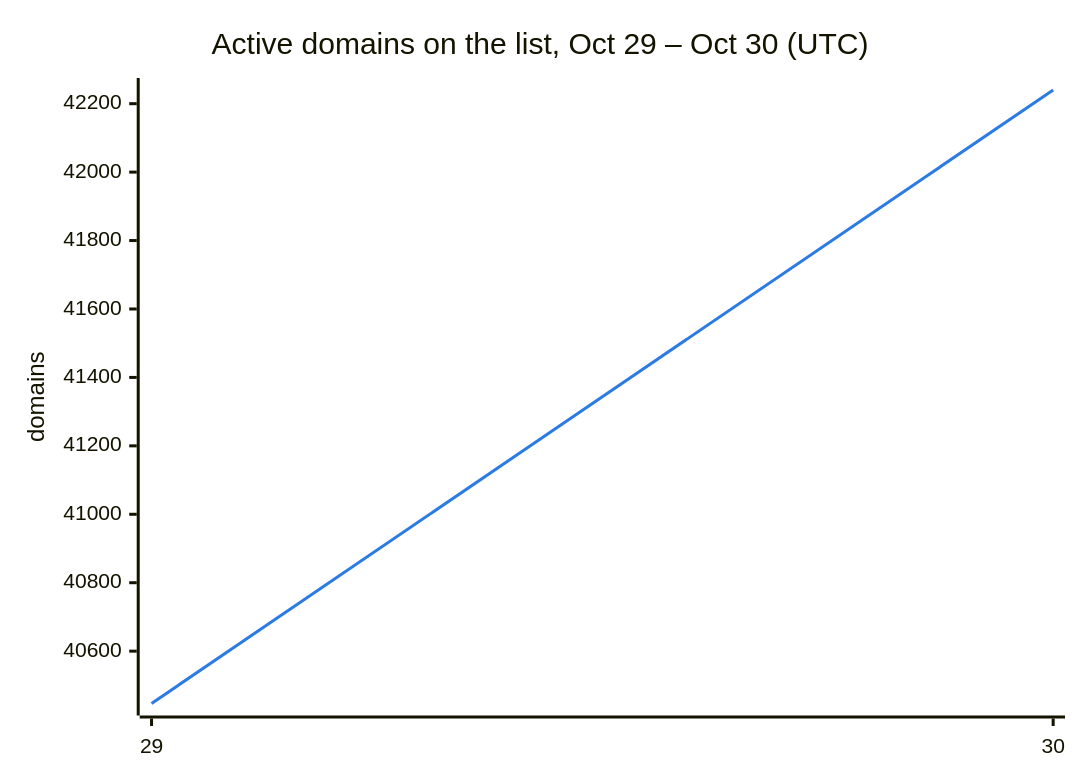
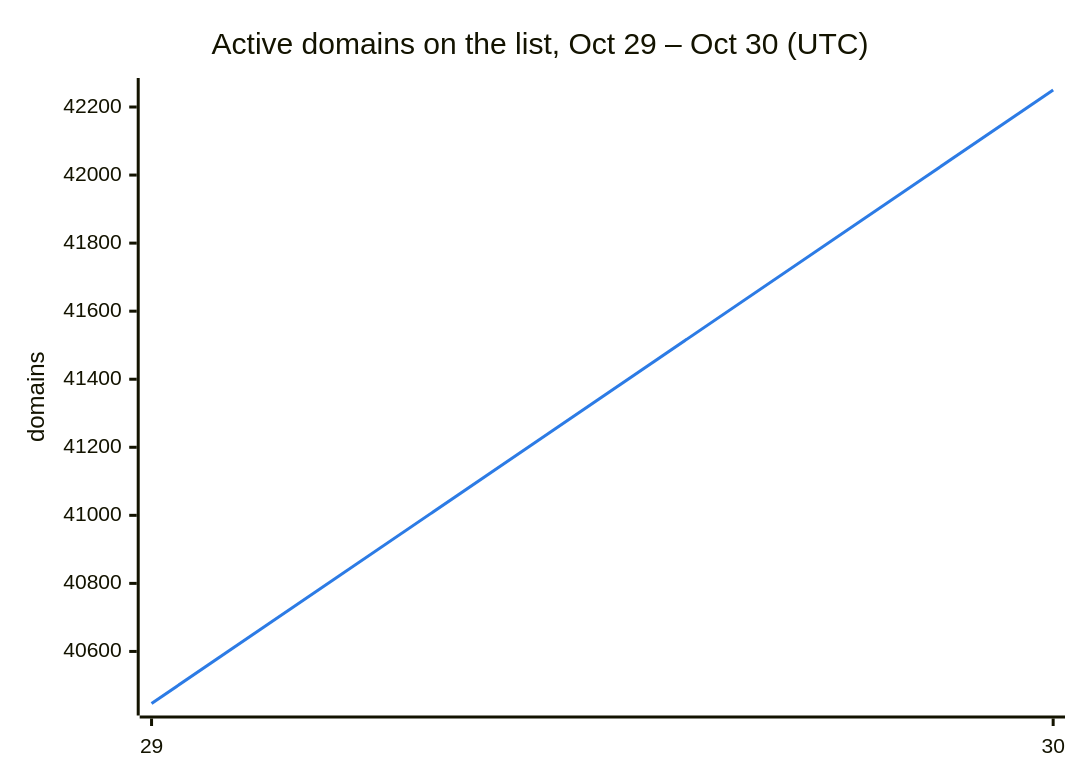
Before and after one commit to DNSBunker/CTI: the second of 3 diagrams in README.md, drawn with Mermaid. The commit also changed other lines of this file and 3 other files, not shown here.

````diff
--- a/README.md
+++ b/README.md
@@ -38,8 +38,8 @@
 ```mermaid
 %%{init: {"themeVariables": {"xyChart": {"plotColorPalette": "#2c7be5"}}}}%%
 xychart-beta
     title "Active domains on the list, Oct 29 – Oct 30 (UTC)"
     x-axis ["29", "30"]
     y-axis "domains"
-    line [40447, 42240]
+    line [40447, 42250]
 ```
````
